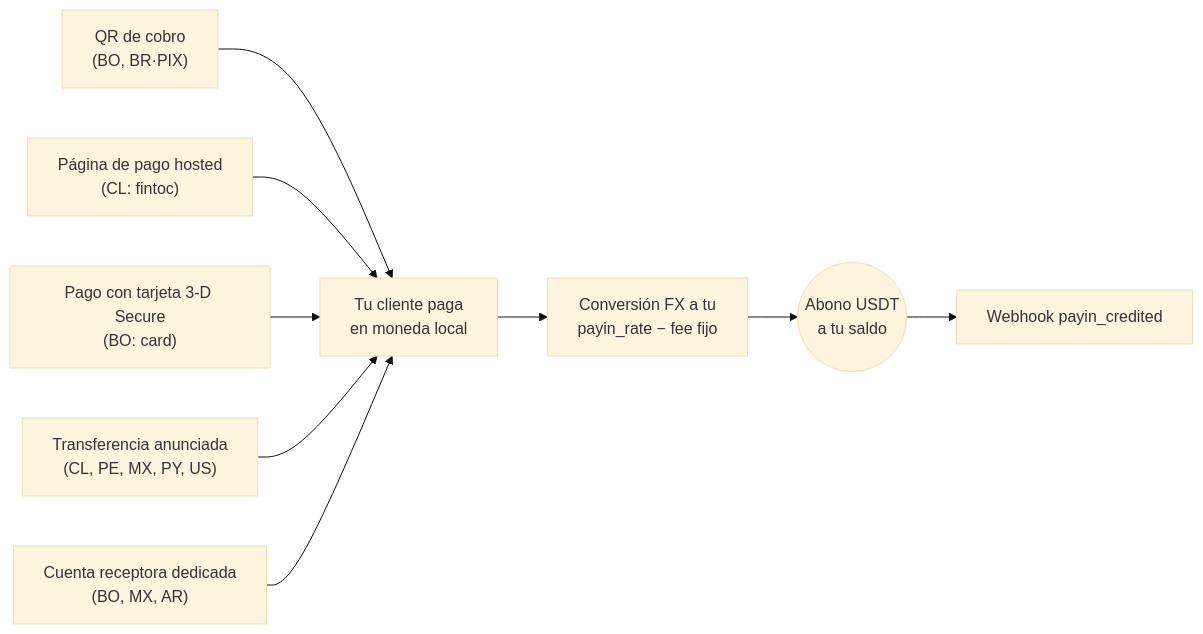
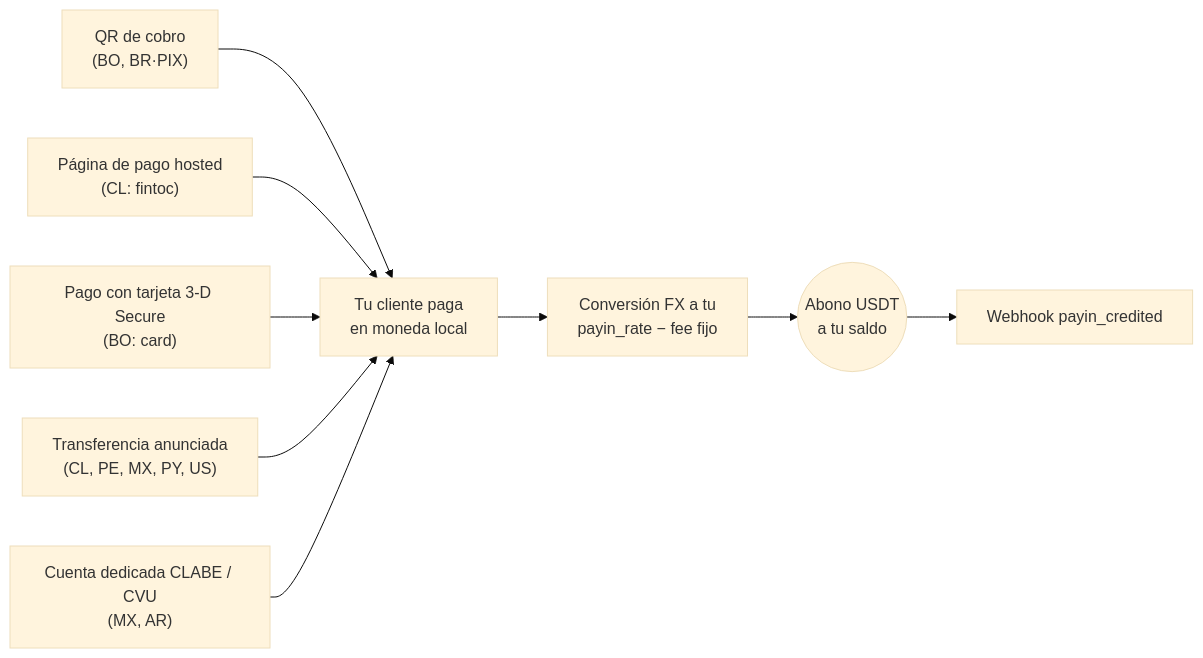
Before and after one commit to CBpayapp/cbpay-docs: the diagram in es/guias/payins.mdx, drawn with Mermaid (base theme). The commit also changed other lines of this file and 41 other files, not shown here.

````diff
--- a/es/guias/payins.mdx
+++ b/es/guias/payins.mdx
@@ -19,11 +19,11 @@
 ```mermaid
 flowchart LR
     qr["QR de cobro<br/>(BO, BR·PIX)"] --> pago["Tu cliente paga<br/>en moneda local"]
     hosted["Página de pago hosted<br/>(CL: fintoc)"] --> pago
     card["Pago con tarjeta 3-D Secure<br/>(BO: card)"] --> pago
     anunciada["Transferencia anunciada<br/>(CL, PE, MX, PY, US)"] --> pago
-    clabe["Cuenta receptora dedicada<br/>(BO, MX, AR)"] --> pago
+    clabe["Cuenta dedicada CLABE / CVU<br/>(MX, AR)"] --> pago
     pago --> conv["Conversión FX a tu<br/>payin_rate − fee fijo"]
     conv --> credito(("Abono USDT<br/>a tu saldo"))
     credito --> wh["Webhook payin_credited"]
 ```
````
